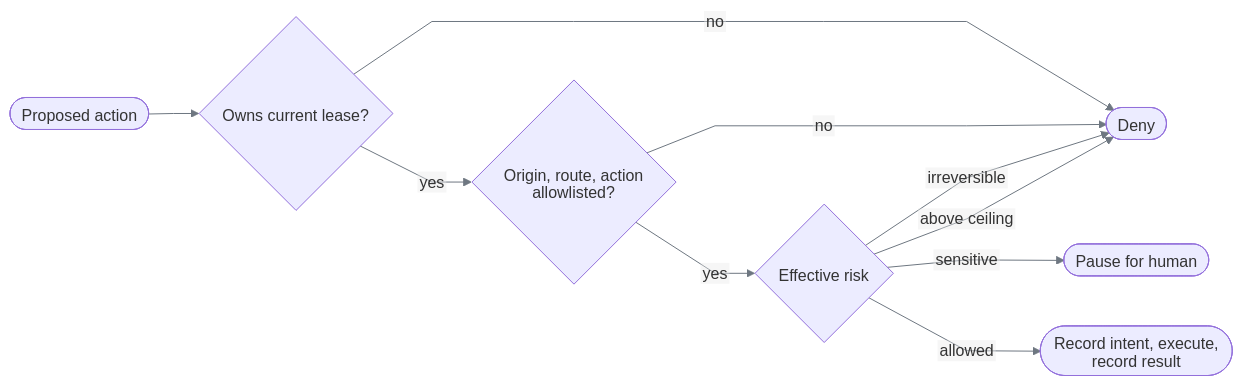
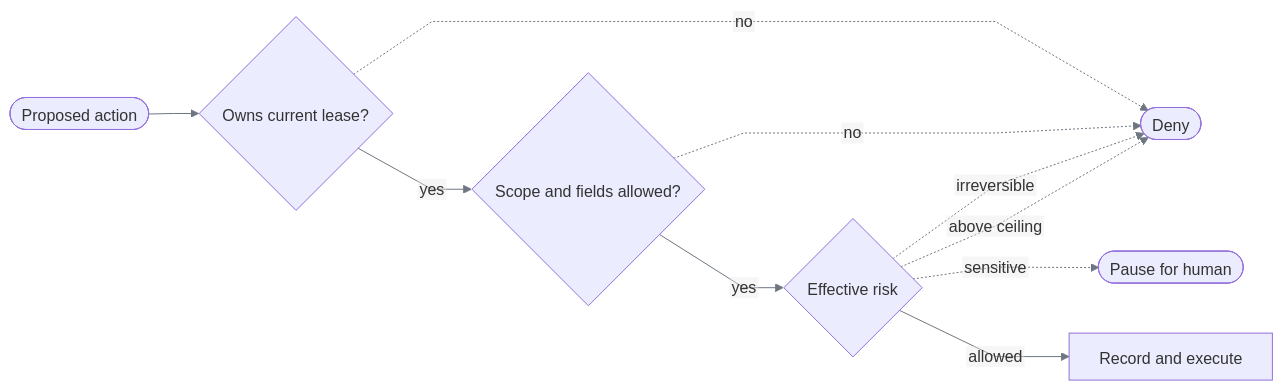
The first of 3 diagrams in docs/safety-and-handoff.md (SivaTSS/replay-forge), drawn with Mermaid before and after one commit. The commit also changed other lines of this file and 15 other files, not shown here.

Commit message:
docs: unify reference structure and validate diagram consistency

````diff
--- a/docs/safety-and-handoff.md
+++ b/docs/safety-and-handoff.md
@@ -5,13 +7,13 @@
 ```mermaid
 %%{init: {"htmlLabels":false,"themeVariables":{"lineColor":"#6E7781","signalColor":"#6E7781"},"flowchart":{"curve":"linear"},"sequence":{"wrap":true}}}%%
 flowchart LR
     A([Proposed action]) --> O{Owns current lease?}
-    O -- no --> D([Deny])
-    O -- yes --> L{Origin, route, action allowlisted?}
-    L -- no --> D
+    O -. no .-> D([Deny])
+    O -- yes --> L{Scope and fields allowed?}
+    L -. no .-> D
     L -- yes --> R{Effective risk}
-    R -- irreversible --> D
-    R -- above ceiling --> D
-    R -- sensitive --> H([Pause for human])
-    R -- allowed --> E([Record intent, execute, record result])
+    R -. irreversible .-> D
+    R -. above ceiling .-> D
+    R -. sensitive .-> H([Pause for human])
+    R -- allowed --> E[Record and execute]
 ```
````
